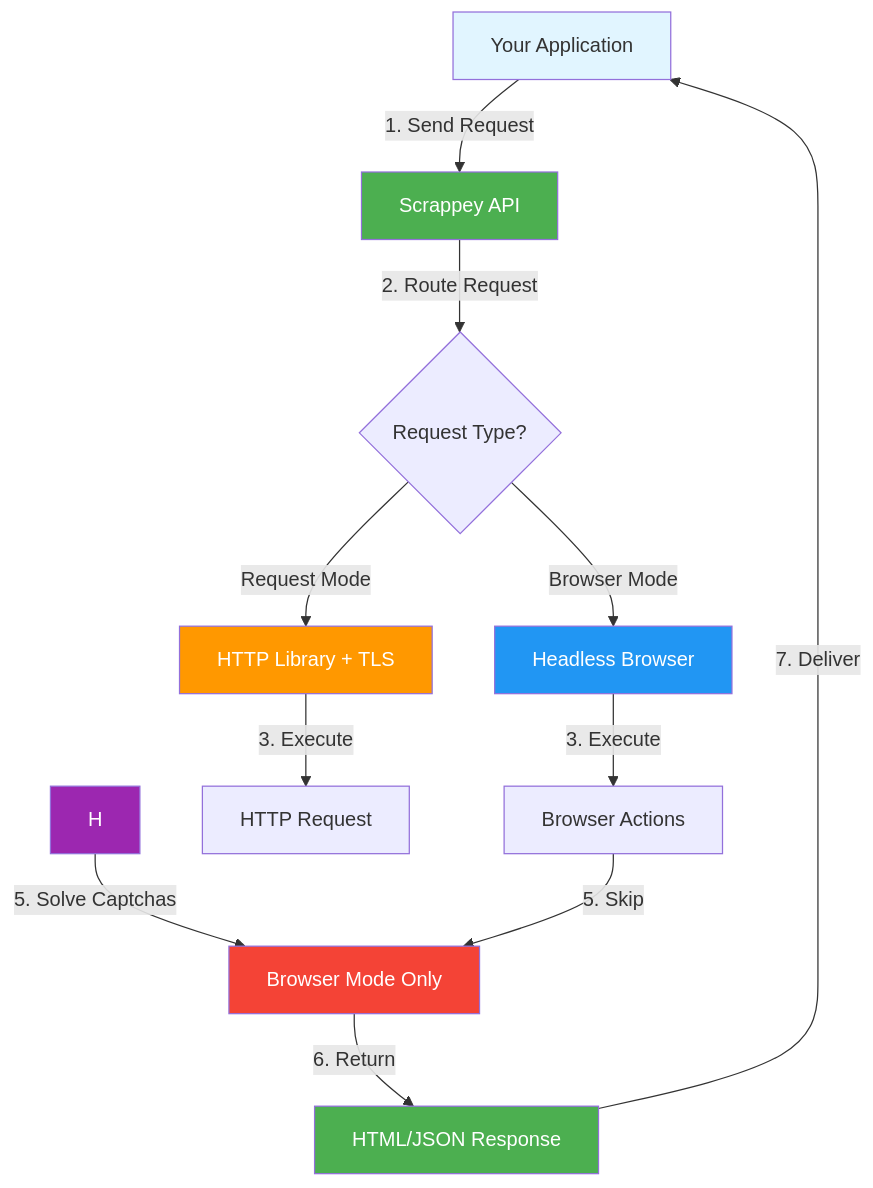
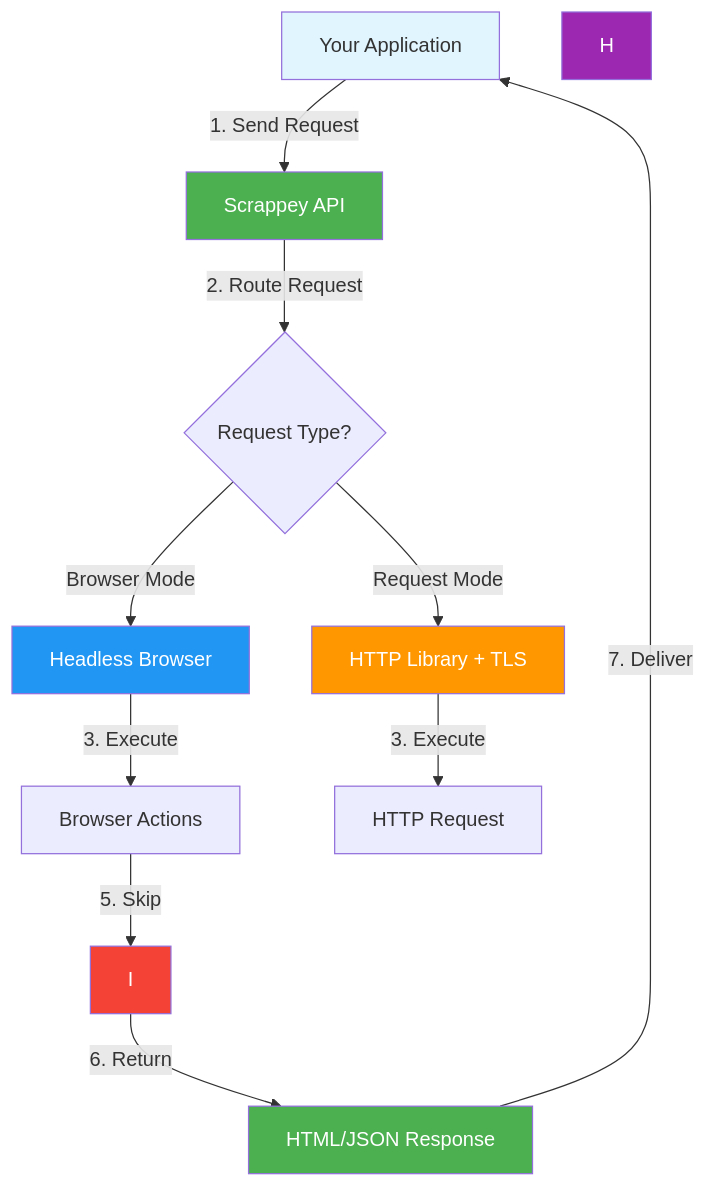
One commit to pim97/scrappey-wrapper-python changed the diagram in README.md. Above: the diagram before and after it, drawn with Mermaid. The commit also changed other lines of this file, not shown here.

````diff
--- a/README.md
+++ b/README.md
@@ -39,21 +39,20 @@
 ```mermaid
 graph TB
     A[Your Application] -->|1. Send Request| B[Scrappey API]
     B -->|2. Route Request| C{Request Type?}
     C -->|Browser Mode| D[Headless Browser]
     C -->|Request Mode| E[HTTP Library + TLS]
     D -->|3. Execute| F[Browser Actions]
     E -->|3. Execute| G[HTTP Request]
-    H -->|5. Solve Captchas| I[Browser Mode Only]
     F -->|5. Skip| I
     I -->|6. Return| J[HTML/JSON Response]
     J -->|7. Deliver| A
     
     style A fill:#e1f5ff
     style B fill:#4CAF50,color:#fff
     style D fill:#2196F3,color:#fff
     style E fill:#FF9800,color:#fff
     style H fill:#9C27B0,color:#fff
     style I fill:#F44336,color:#fff
     style J fill:#4CAF50,color:#fff
 ```
````
